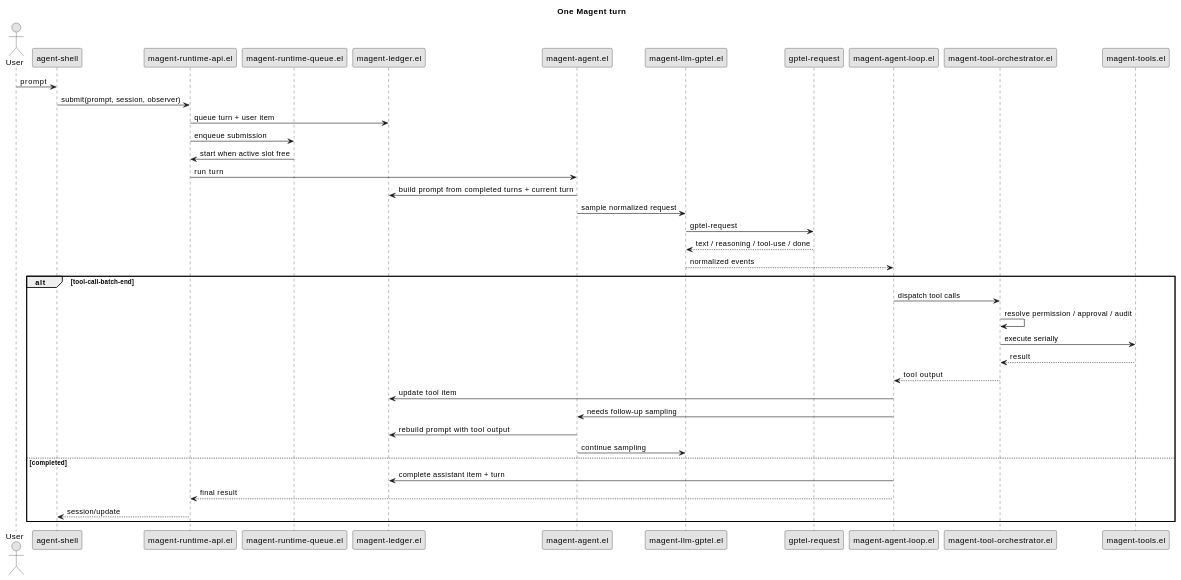
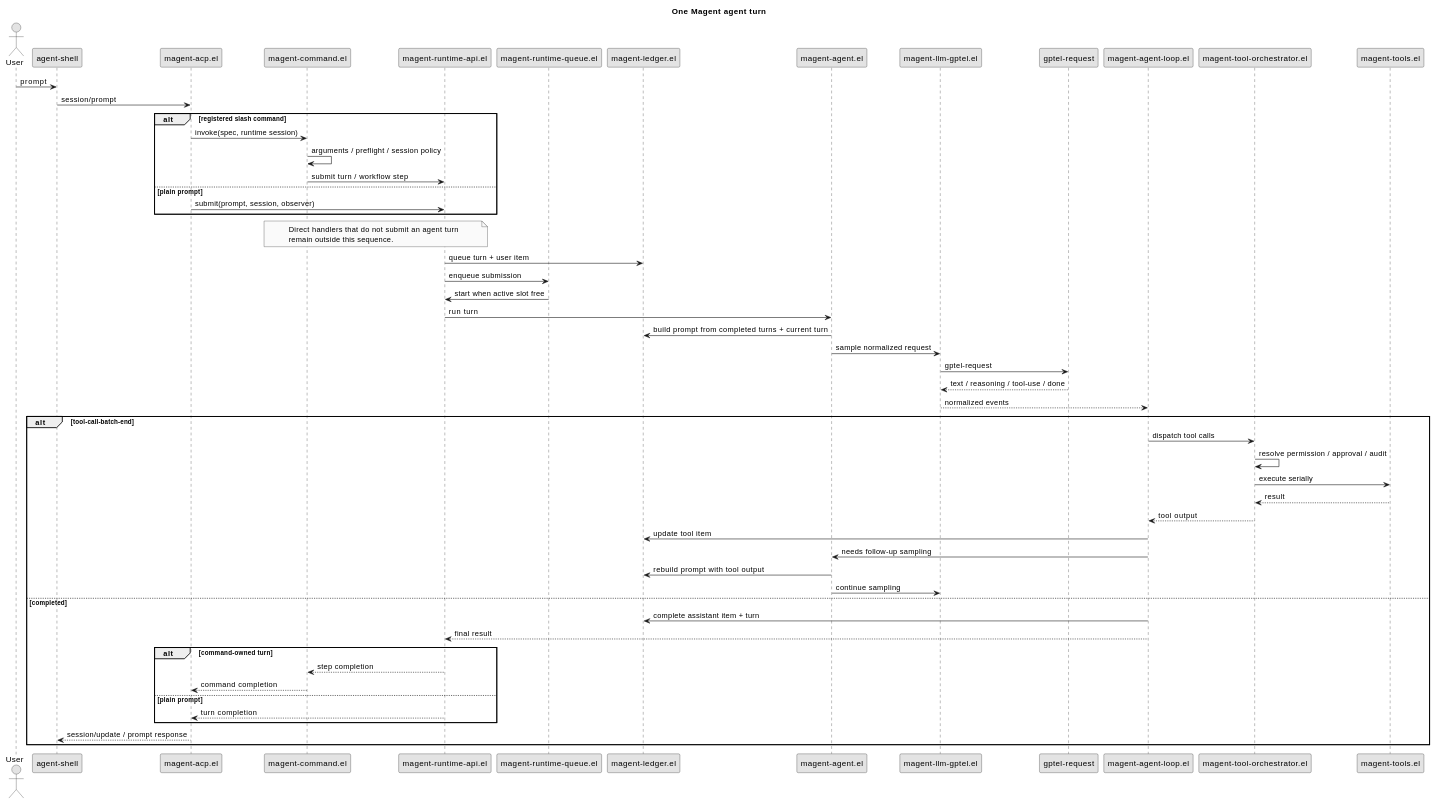
The second of 3 diagrams in docs/_diagrams/magent-architecture.org (Jamie-Cui/magent), drawn with PlantUML before and after one commit. The commit also changed other lines of this file and 33 other files, not shown here.

```diff
--- a/docs/_diagrams/magent-architecture.org
+++ b/docs/_diagrams/magent-architecture.org
@@ -62,47 +69,66 @@
 #+begin_src plantuml :file ../assets/img/diagrams/one-magent-turn.svg :exports results :results file
 @startuml
-title One Magent turn
+title One Magent agent turn
 skinparam monochrome true
 skinparam shadowing false
 
 actor User
 participant "agent-shell" as UI
+participant "magent-acp.el" as ACP
+participant "magent-command.el" as Command
 participant "magent-runtime-api.el" as Runtime
 participant "magent-runtime-queue.el" as Queue
 participant "magent-ledger.el" as Ledger
 participant "magent-agent.el" as Agent
 participant "magent-llm-gptel.el" as Adapter
 participant "gptel-request" as Gptel
 participant "magent-agent-loop.el" as Loop
 participant "magent-tool-orchestrator.el" as Orchestrator
 participant "magent-tools.el" as Tools
 
 User -> UI : prompt
-UI -> Runtime : submit(prompt, session, observer)
+UI -> ACP : session/prompt
+alt registered slash command
+  ACP -> Command : invoke(spec, runtime session)
+  Command -> Command : arguments / preflight / session policy
+  Command -> Runtime : submit turn / workflow step
+else plain prompt
+  ACP -> Runtime : submit(prompt, session, observer)
+end
+note over Command,Runtime
+  Direct handlers that do not submit an agent turn
+  remain outside this sequence.
+end note
 Runtime -> Ledger : queue turn + user item
 Runtime -> Queue : enqueue submission
 Queue -> Runtime : start when active slot free
 Runtime -> Agent : run turn
 Agent -> Ledger : build prompt from completed turns + current turn
 Agent -> Adapter : sample normalized request
 Adapter -> Gptel : gptel-request
 Gptel --> Adapter : text / reasoning / tool-use / done
 Adapter --> Loop : normalized events
 
 alt tool-call-batch-end
   Loop -> Orchestrator : dispatch tool calls
   Orchestrator -> Orchestrator : resolve permission / approval / audit
   Orchestrator -> Tools : execute serially
   Tools --> Orchestrator : result
   Orchestrator --> Loop : tool output
   Loop -> Ledger : update tool item
   Loop -> Agent : needs follow-up sampling
   Agent -> Ledger : rebuild prompt with tool output
   Agent -> Adapter : continue sampling
 else completed
   Loop -> Ledger : complete assistant item + turn
   Loop --> Runtime : final result
-  Runtime --> UI : session/update
+  alt command-owned turn
+    Runtime --> Command : step completion
+    Command --> ACP : command completion
+  else plain prompt
+    Runtime --> ACP : turn completion
+  end
+  ACP --> UI : session/update / prompt response
 end
 @enduml
 #+end_src
```
